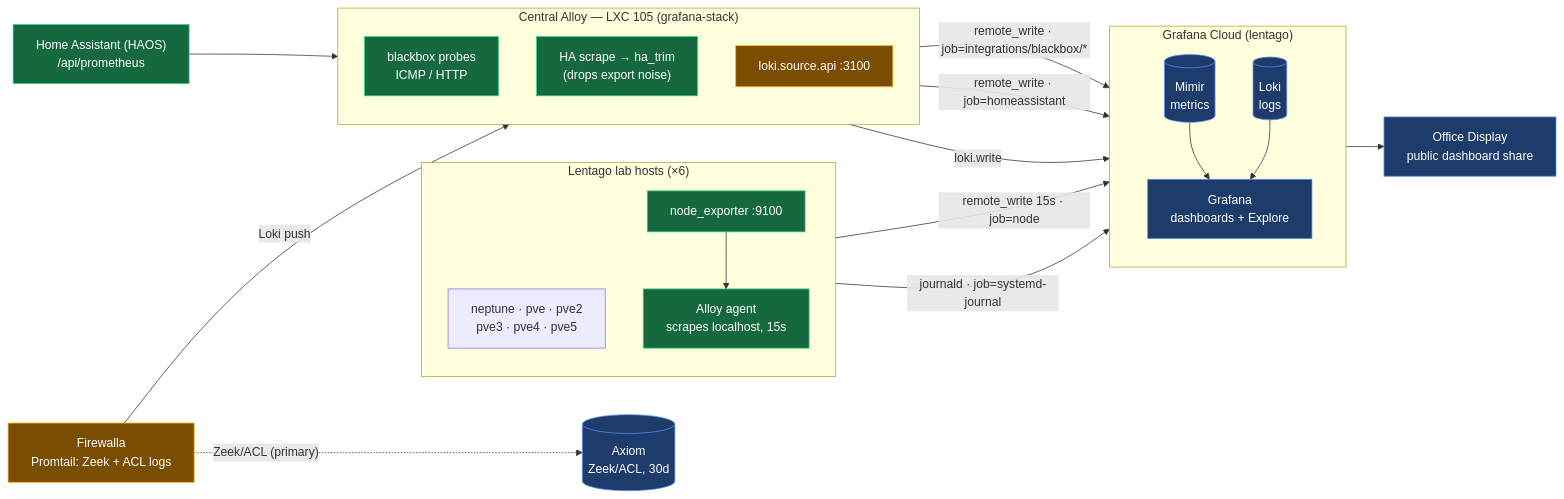
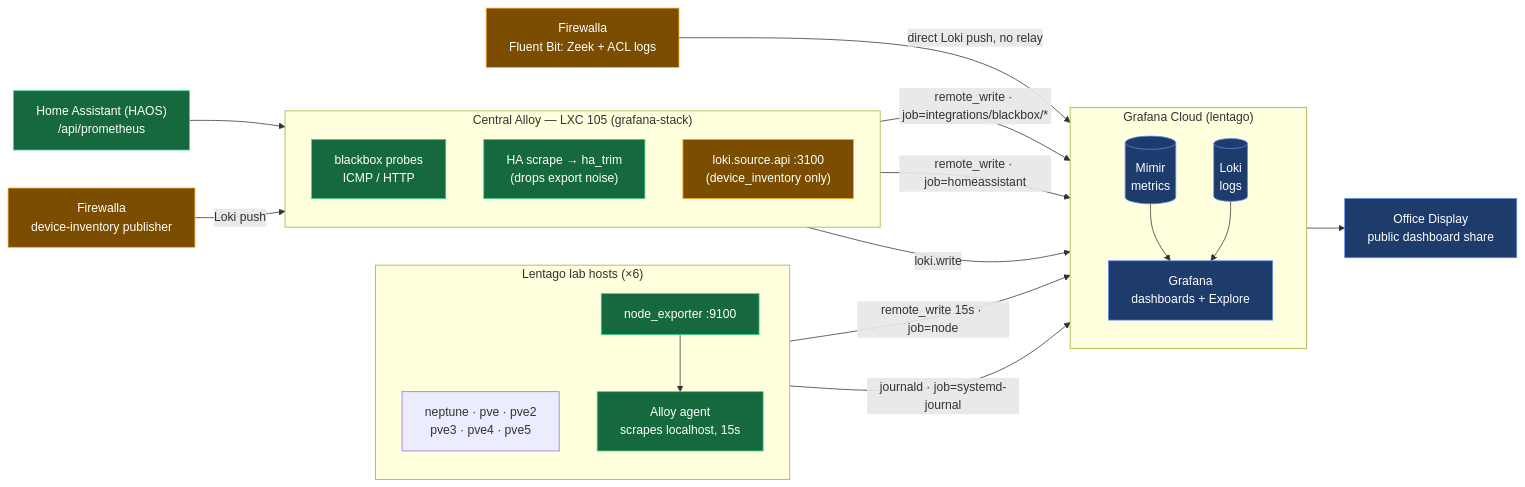
One commit to lentago/homelab-observability changed the first of 2 diagrams in docs/metrics-flow.md. Above: the diagram before and after it, drawn with Mermaid. The commit also changed other lines of this file and 5 other files, not shown here.

First line of the commit message:
Fix doc drift: Zeek/ACL logs push directly to Cloud Loki, not via Alloy relay (#168)

````diff
--- a/docs/metrics-flow.md
+++ b/docs/metrics-flow.md
@@ -8,49 +8,49 @@
 ```mermaid
 flowchart LR
   subgraph hosts["Lentago lab hosts (×6)"]
     direction TB
     names["neptune · pve · pve2<br/>pve3 · pve4 · pve5"]
     ne["node_exporter :9100"]
     agent["Alloy agent<br/>scrapes localhost, 15s"]
     ne --> agent
   end
 
   haos["Home Assistant (HAOS)<br/>/api/prometheus"]
-  fw["Firewalla<br/>Promtail: Zeek + ACL logs"]
+  fw["Firewalla<br/>Fluent Bit: Zeek + ACL logs"]
+  fwdev["Firewalla<br/>device-inventory publisher"]
 
   subgraph central["Central Alloy — LXC 105 (grafana-stack)"]
     direction TB
     bb["blackbox probes<br/>ICMP / HTTP"]
     hascrape["HA scrape → ha_trim<br/>(drops export noise)"]
-    lokirecv["loki.source.api :3100"]
+    lokirecv["loki.source.api :3100<br/>(device_inventory only)"]
   end
 
   subgraph cloud["Grafana Cloud (lentago)"]
     direction TB
     mimir[("Mimir<br/>metrics")]
     lokidb[("Loki<br/>logs")]
     grafana["Grafana<br/>dashboards + Explore"]
     mimir --> grafana
     lokidb --> grafana
   end
 
   display["Office Display<br/>public dashboard share"]
-  axiom[("Axiom<br/>Zeek/ACL, 30d")]
 
   agent -- "remote_write 15s · job=node" --> mimir
   agent -- "journald · job=systemd-journal" --> lokidb
   haos --> hascrape
   bb -- "remote_write · job=integrations/blackbox/*" --> mimir
   hascrape -- "remote_write · job=homeassistant" --> mimir
-  fw -- "Loki push" --> lokirecv
-  fw -. "Zeek/ACL (primary)" .-> axiom
+  fwdev -- "Loki push" --> lokirecv
+  fw -- "direct Loki push, no relay" --> lokidb
   lokirecv -- "loki.write" --> lokidb
   grafana --> display
 
   classDef metric fill:#16683f,stroke:#39d98a,color:#fff;
   classDef logs fill:#7a4d00,stroke:#ffb020,color:#fff;
   classDef sink fill:#1d3b6b,stroke:#5b8def,color:#fff;
   class ne,agent,bb,hascrape,haos metric;
-  class fw,lokirecv logs;
-  class mimir,lokidb,grafana,display,axiom sink;
+  class fw,fwdev,lokirecv logs;
+  class mimir,lokidb,grafana,display sink;
 ```
````
